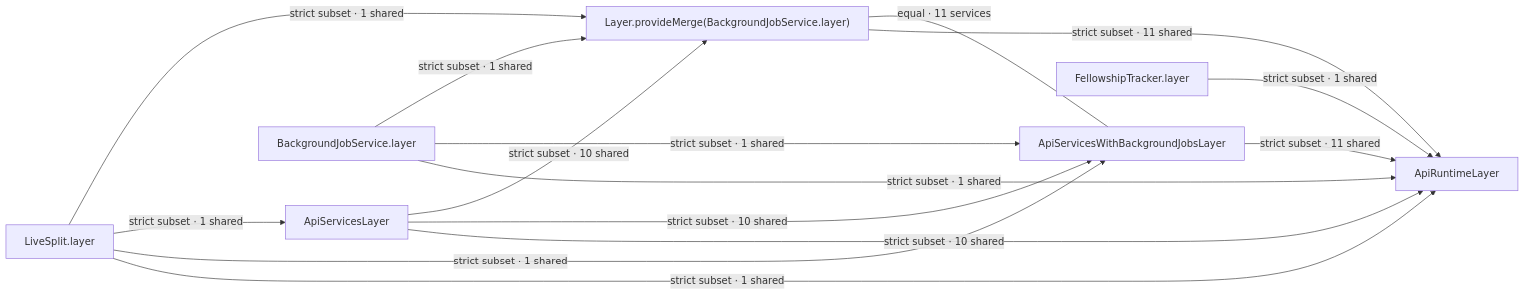
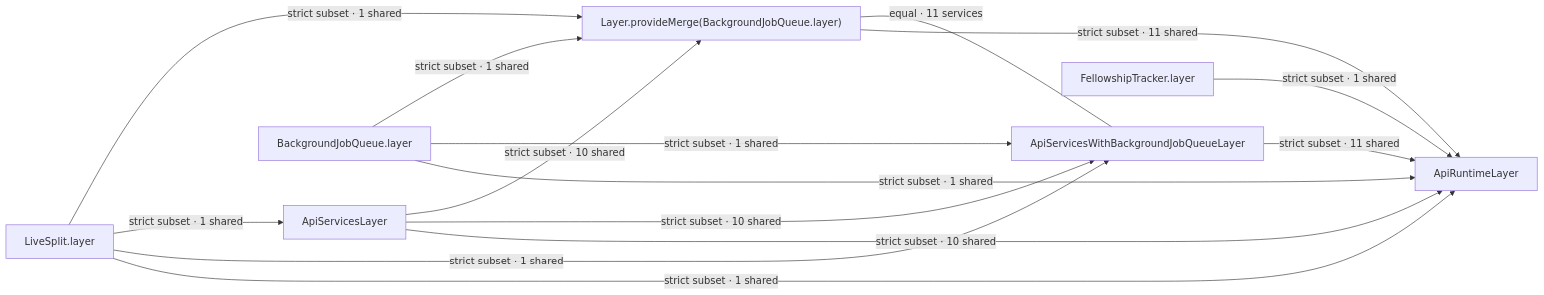
Before and after one commit to reeddunkle/fellowship-run-tracker: the diagram in apps/api/docs/architecture/analysis/service-bundle-relationships.mmd, drawn with Mermaid. The commit also changed 35 other files, not shown here.

Commit message:
refactor background job services

```diff
--- a/apps/api/docs/architecture/analysis/service-bundle-relationships.mmd
+++ b/apps/api/docs/architecture/analysis/service-bundle-relationships.mmd
@@ -1,22 +1,22 @@
 flowchart LR
   LiveSplit_layer["LiveSplit.layer"]
-  Layer_provideMerge_BackgroundJobService_layer_["Layer.provideMerge(BackgroundJobService.layer)"]
+  Layer_provideMerge_BackgroundJobQueue_layer_["Layer.provideMerge(BackgroundJobQueue.layer)"]
   ApiServicesLayer["ApiServicesLayer"]
-  ApiServicesWithBackgroundJobsLayer["ApiServicesWithBackgroundJobsLayer"]
+  ApiServicesWithBackgroundJobQueueLayer["ApiServicesWithBackgroundJobQueueLayer"]
   ApiRuntimeLayer["ApiRuntimeLayer"]
   FellowshipTracker_layer["FellowshipTracker.layer"]
-  BackgroundJobService_layer["BackgroundJobService.layer"]
-  LiveSplit_layer -->|"strict subset · 1 shared"| Layer_provideMerge_BackgroundJobService_layer_
+  BackgroundJobQueue_layer["BackgroundJobQueue.layer"]
+  LiveSplit_layer -->|"strict subset · 1 shared"| Layer_provideMerge_BackgroundJobQueue_layer_
   LiveSplit_layer -->|"strict subset · 1 shared"| ApiServicesLayer
-  LiveSplit_layer -->|"strict subset · 1 shared"| ApiServicesWithBackgroundJobsLayer
+  LiveSplit_layer -->|"strict subset · 1 shared"| ApiServicesWithBackgroundJobQueueLayer
   LiveSplit_layer -->|"strict subset · 1 shared"| ApiRuntimeLayer
   FellowshipTracker_layer -->|"strict subset · 1 shared"| ApiRuntimeLayer
-  BackgroundJobService_layer -->|"strict subset · 1 shared"| Layer_provideMerge_BackgroundJobService_layer_
-  BackgroundJobService_layer -->|"strict subset · 1 shared"| ApiServicesWithBackgroundJobsLayer
-  BackgroundJobService_layer -->|"strict subset · 1 shared"| ApiRuntimeLayer
-  ApiServicesLayer -->|"strict subset · 10 shared"| Layer_provideMerge_BackgroundJobService_layer_
-  Layer_provideMerge_BackgroundJobService_layer_ ---|"equal · 11 services"| ApiServicesWithBackgroundJobsLayer
-  Layer_provideMerge_BackgroundJobService_layer_ -->|"strict subset · 11 shared"| ApiRuntimeLayer
-  ApiServicesLayer -->|"strict subset · 10 shared"| ApiServicesWithBackgroundJobsLayer
+  BackgroundJobQueue_layer -->|"strict subset · 1 shared"| Layer_provideMerge_BackgroundJobQueue_layer_
+  BackgroundJobQueue_layer -->|"strict subset · 1 shared"| ApiServicesWithBackgroundJobQueueLayer
+  BackgroundJobQueue_layer -->|"strict subset · 1 shared"| ApiRuntimeLayer
+  ApiServicesLayer -->|"strict subset · 10 shared"| Layer_provideMerge_BackgroundJobQueue_layer_
+  Layer_provideMerge_BackgroundJobQueue_layer_ ---|"equal · 11 services"| ApiServicesWithBackgroundJobQueueLayer
+  Layer_provideMerge_BackgroundJobQueue_layer_ -->|"strict subset · 11 shared"| ApiRuntimeLayer
+  ApiServicesLayer -->|"strict subset · 10 shared"| ApiServicesWithBackgroundJobQueueLayer
   ApiServicesLayer -->|"strict subset · 10 shared"| ApiRuntimeLayer
-  ApiServicesWithBackgroundJobsLayer -->|"strict subset · 11 shared"| ApiRuntimeLayer
+  ApiServicesWithBackgroundJobQueueLayer -->|"strict subset · 11 shared"| ApiRuntimeLayer
```
